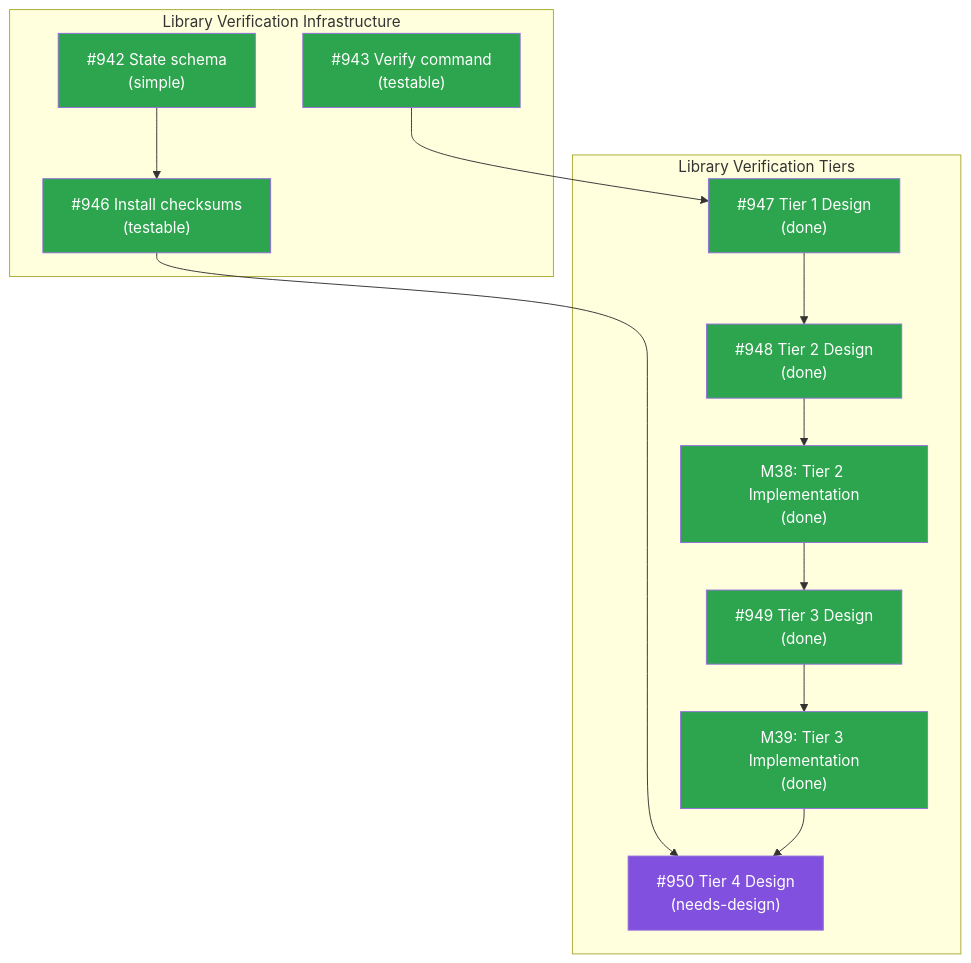
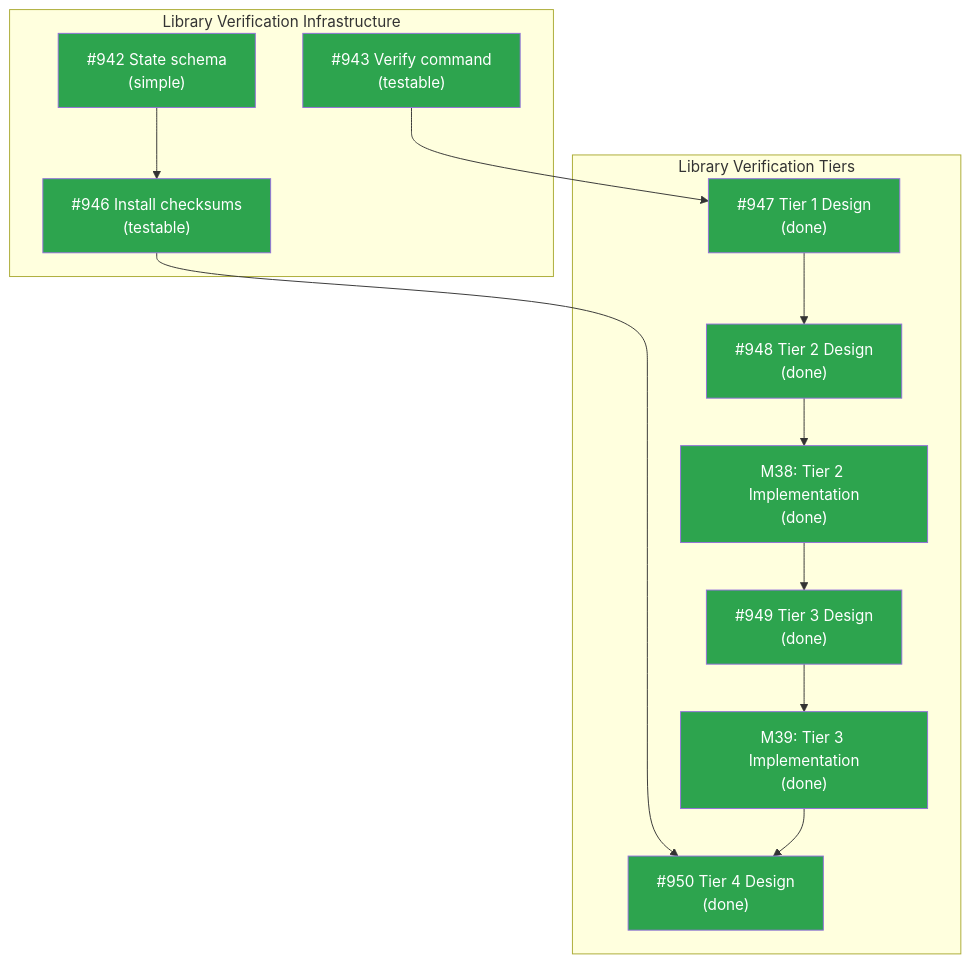
One commit to tsukumogami/tsuku changed the diagram in docs/designs/DESIGN-library-verification.md. Above: the diagram before and after it, drawn with Mermaid. The commit also changed other lines of this file, not shown here.

Commit message:
docs: mark #950 complete in umbrella design
Update Implementation Issues table and Mermaid diagram to reflect
that issue #950 (Tier 4 design) is now complete.

````diff
--- a/docs/designs/DESIGN-library-verification.md
+++ b/docs/designs/DESIGN-library-verification.md
@@ -28,31 +28,31 @@
 ```mermaid
 graph TD
     subgraph Infrastructure["Library Verification Infrastructure"]
         I942["#942 State schema<br/>(simple)"]:::done
         I943["#943 Verify command<br/>(testable)"]:::done
         I946["#946 Install checksums<br/>(testable)"]:::done
     end
 
     subgraph Tiers["Library Verification Tiers"]
         I947["#947 Tier 1 Design<br/>(done)"]:::done
         I948["#948 Tier 2 Design<br/>(done)"]:::done
         M38["M38: Tier 2 Implementation<br/>(done)"]:::done
         I949["#949 Tier 3 Design<br/>(done)"]:::done
         M39["M39: Tier 3 Implementation<br/>(done)"]:::done
-        I950["#950 Tier 4 Design<br/>(needs-design)"]:::needsdesign
+        I950["#950 Tier 4 Design<br/>(done)"]:::done
     end
 
     I942 --> I946
     I943 --> I947
     I947 --> I948
     I948 --> M38
     M38 --> I949
     I949 --> M39
     I946 --> I950
     M39 --> I950
 
     classDef done fill:#2da44e,color:white
     classDef ready fill:#0969da,color:white
     classDef blocked fill:#d4a72c,color:white
     classDef needsdesign fill:#8250df,color:white
 ```
````
